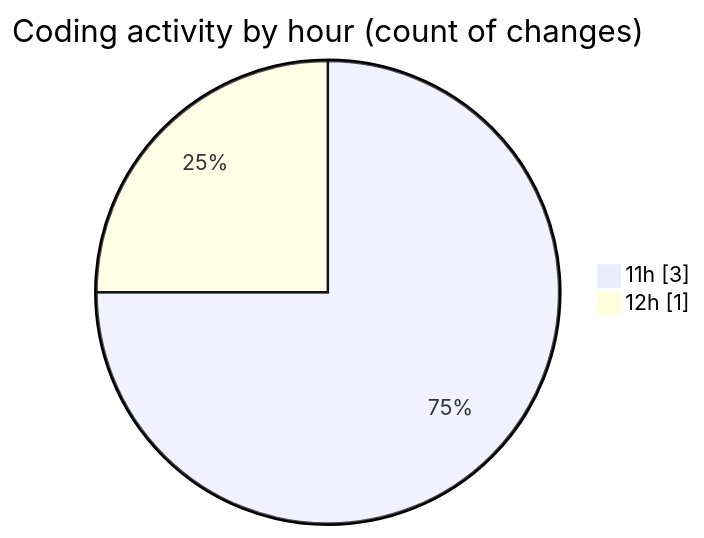
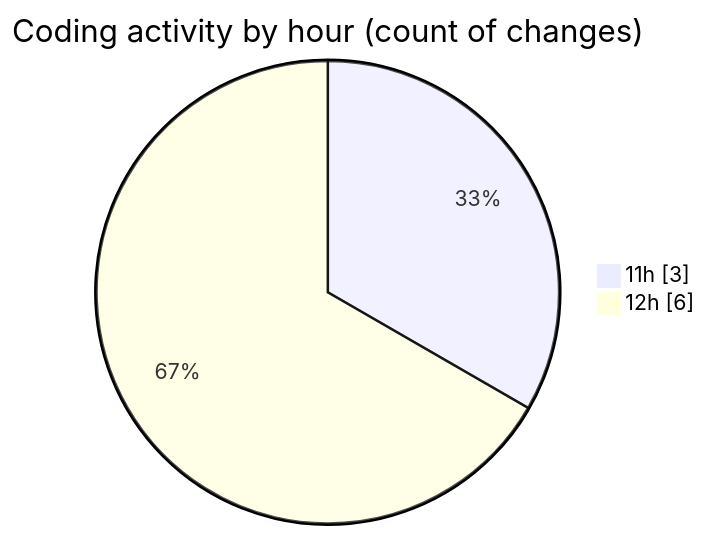
The second of 2 diagrams in 2026-03-04/cilwebcustomercomunication/README.md (ricardozamudiocil/code-tracking), drawn with Mermaid before and after one commit. The commit also changed other lines of this file and 1 other file, not shown here.

````diff
--- a/2026-03-04/cilwebcustomercomunication/README.md
+++ b/2026-03-04/cilwebcustomercomunication/README.md
@@ -30,6 +30,6 @@
 ```mermaid
 pie showData
 title Coding activity by hour (count of changes)
 "11h" : 3
-"12h" : 1
+"12h" : 6
 ```
````
